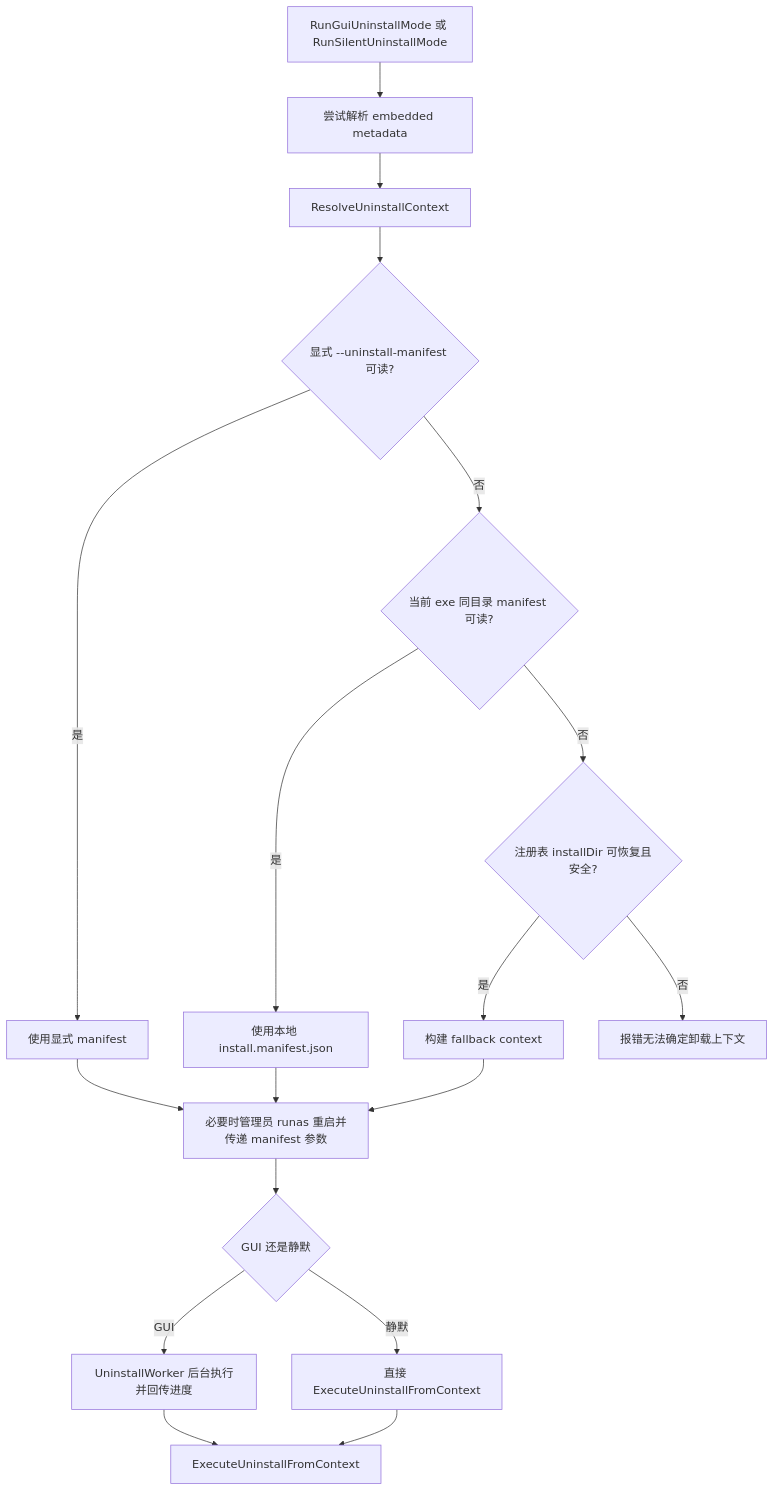
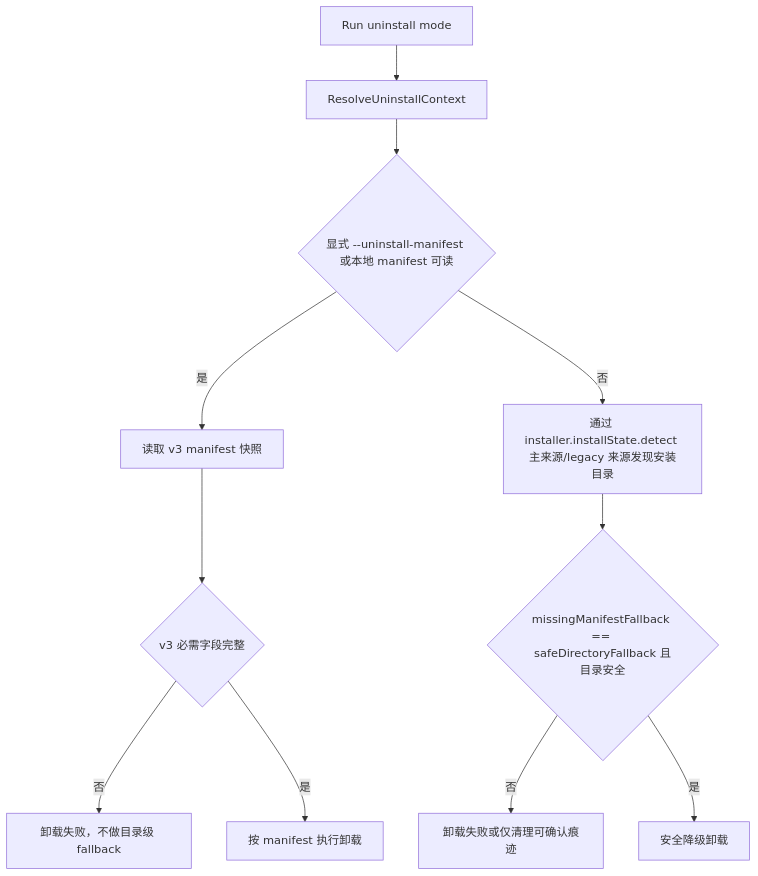
The sixth of 7 diagrams in docs/安装器流程图.md (lu020218/Multi-Threaded_Installer), drawn with Mermaid before and after one commit. The commit also changed other lines of this file and 63 other files, not shown here.

````diff
--- a/docs/安装器流程图.md
+++ b/docs/安装器流程图.md
@@ -222,20 +85,13 @@
 ```mermaid
 flowchart TD
-    A["RunGuiUninstallMode 或 RunSilentUninstallMode"] --> B["尝试解析 embedded metadata"]
-    B --> C["ResolveUninstallContext"]
-    C --> D{"显式 --uninstall-manifest 可读?"}
-    D -->|是| D1["使用显式 manifest"]
-    D -->|否| E{"当前 exe 同目录 manifest 可读?"}
-    E -->|是| E1["使用本地 install.manifest.json"]
-    E -->|否| F{"注册表 installDir 可恢复且安全?"}
-    F -->|是| F1["构建 fallback context"]
-    F -->|否| F2["报错无法确定卸载上下文"]
-    D1 --> G["必要时管理员 runas 重启并传递 manifest 参数"]
-    E1 --> G
-    F1 --> G
-    G --> H{"GUI 还是静默"}
-    H -->|GUI| H1["UninstallWorker 后台执行并回传进度"]
-    H -->|静默| H2["直接 ExecuteUninstallFromContext"]
-    H1 --> I["ExecuteUninstallFromContext"]
-    H2 --> I
+    A["Run uninstall mode"] --> B["ResolveUninstallContext"]
+    B --> C{"显式 --uninstall-manifest 或本地 manifest 可读"}
+    C -->|是| D["读取 v3 manifest 快照"]
+    D --> E{"v3 必需字段完整"}
+    E -->|否| E1["卸载失败，不做目录级 fallback"]
+    E -->|是| F["按 manifest 执行卸载"]
+    C -->|否| G["通过 installer.installState.detect 主来源/legacy 来源发现安装目录"]
+    G --> H{"missingManifestFallback == safeDirectoryFallback 且目录安全"}
+    H -->|否| H1["卸载失败或仅清理可确认痕迹"]
+    H -->|是| I["安全降级卸载"]
 ```
````
